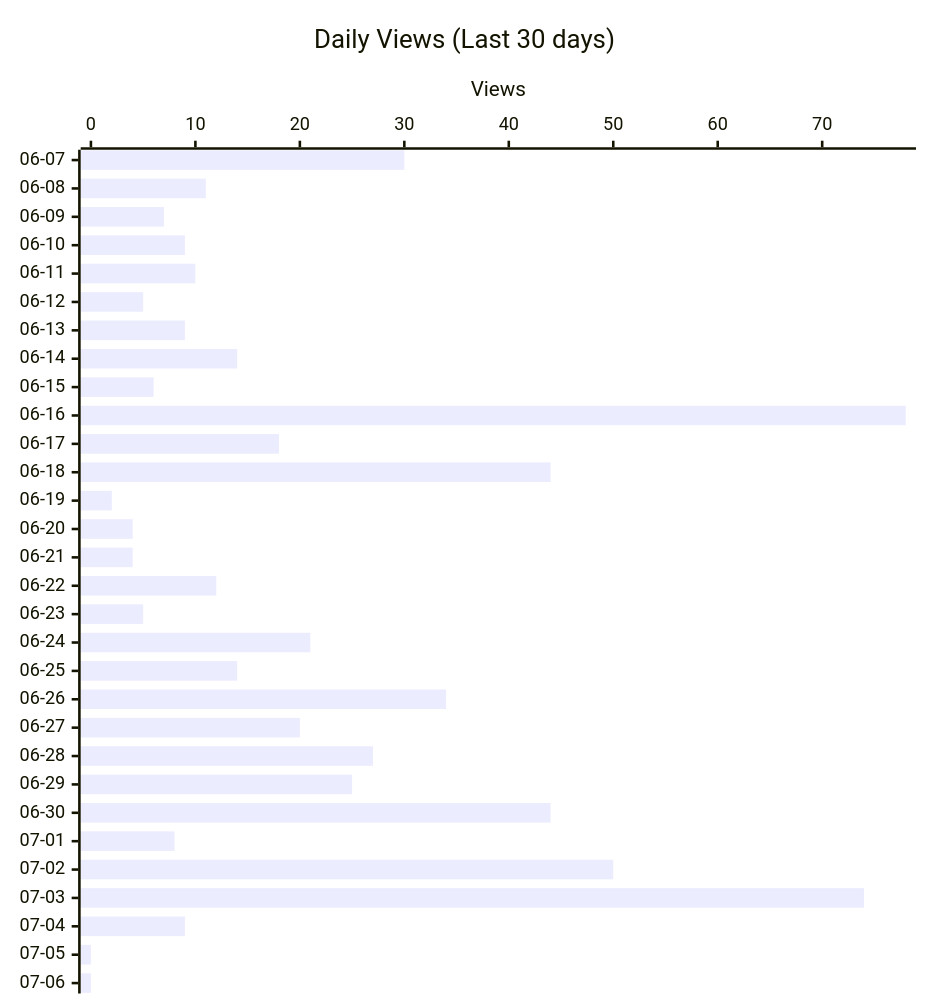
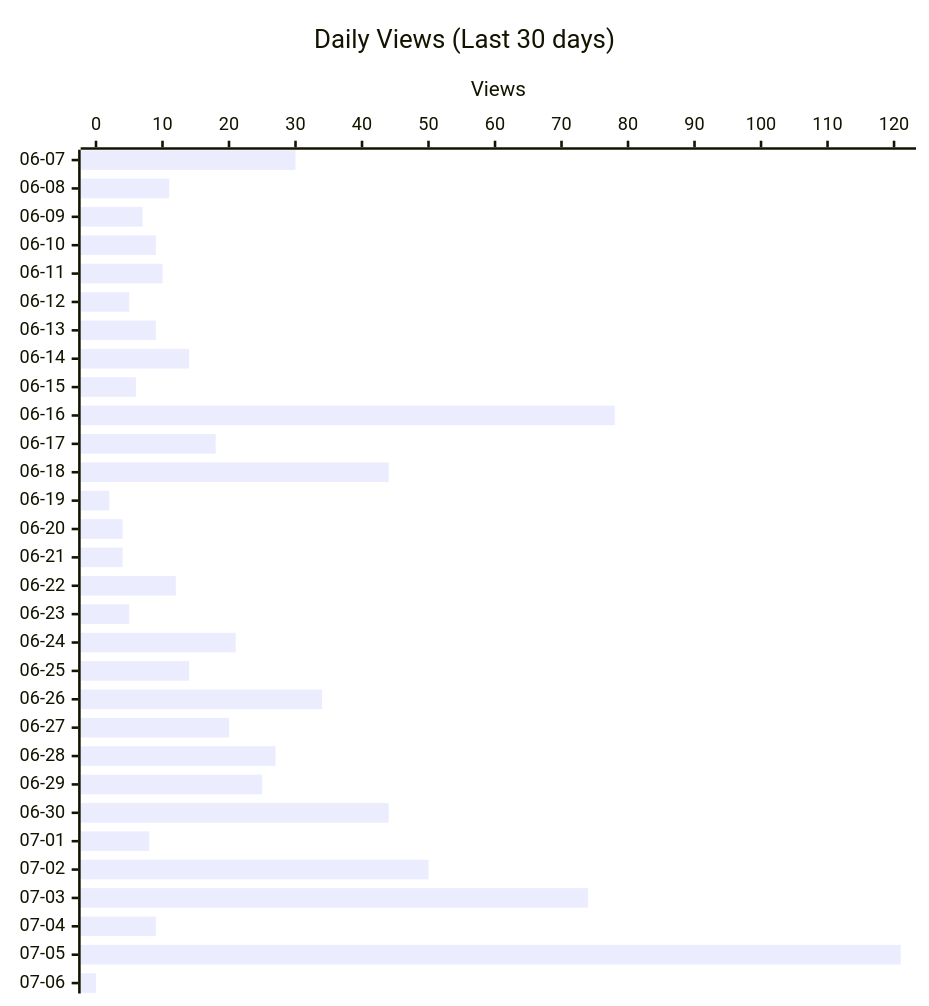
Before and after one commit to shigechika/github-insights: the second of 4 diagrams in README.md, drawn with Mermaid. The commit also changed other lines of this file and 2 other files, not shown here.

````diff
--- a/README.md
+++ b/README.md
@@ -28,12 +28,12 @@
 ```mermaid
 ---
 config:
   xyChart:
     height: 760
 ---
 xychart-beta horizontal
     title "Daily Views (Last 30 days)"
     x-axis ["06-07", "06-08", "06-09", "06-10", "06-11", "06-12", "06-13", "06-14", "06-15", "06-16", "06-17", "06-18", "06-19", "06-20", "06-21", "06-22", "06-23", "06-24", "06-25", "06-26", "06-27", "06-28", "06-29", "06-30", "07-01", "07-02", "07-03", "07-04", "07-05", "07-06"]
     y-axis "Views"
-    bar [30, 11, 7, 9, 10, 5, 9, 14, 6, 78, 18, 44, 2, 4, 4, 12, 5, 21, 14, 34, 20, 27, 25, 44, 8, 50, 74, 9, 0, 0]
+    bar [30, 11, 7, 9, 10, 5, 9, 14, 6, 78, 18, 44, 2, 4, 4, 12, 5, 21, 14, 34, 20, 27, 25, 44, 8, 50, 74, 9, 121, 0]
 ```
````
